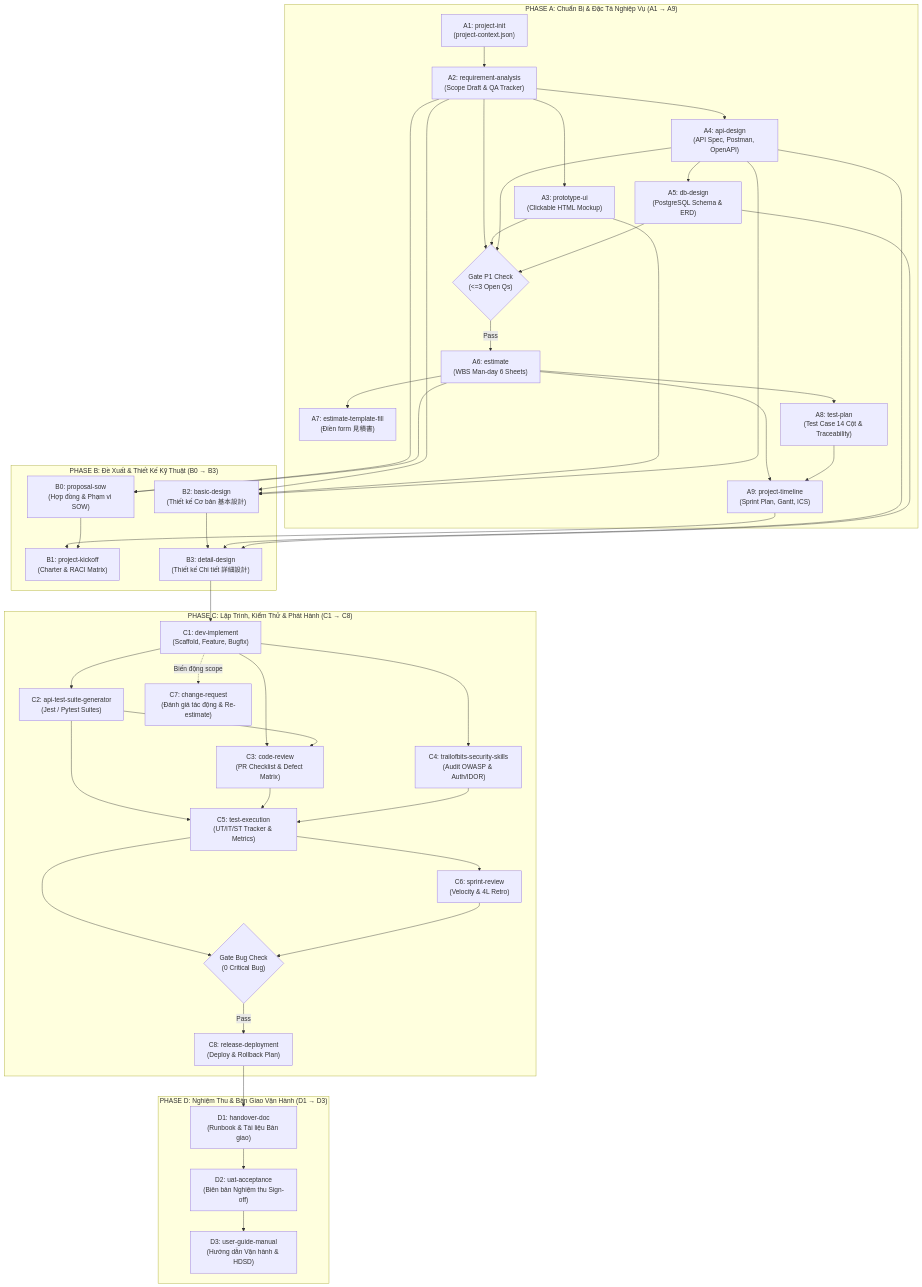
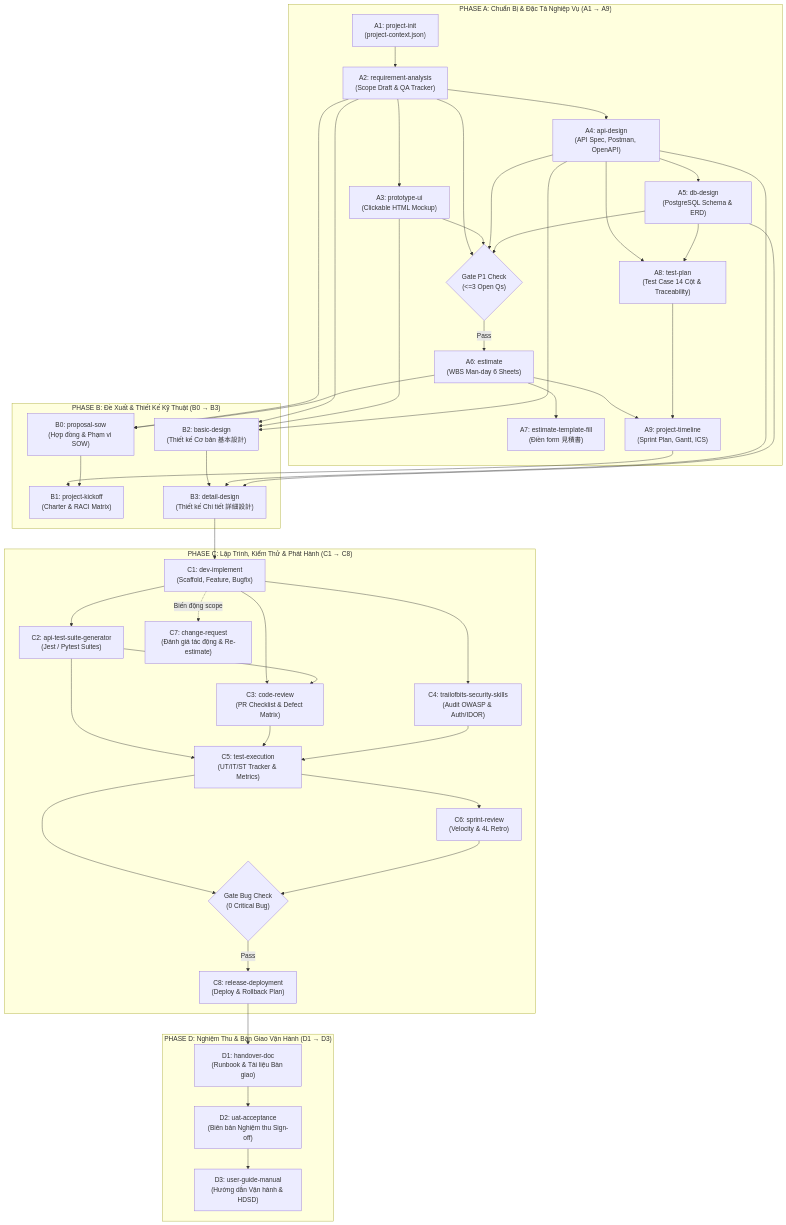
One commit to bakaryuu1997-sys/Claude-skills changed the first of 2 diagrams in README.md. Above: the diagram before and after it, drawn with Mermaid. The commit also changed other lines of this file and 3 other files, not shown here.

Commit message:
fix: refine pipeline BOM & placeholders, isolate C2 output folder, and correct Mermaid test-plan dependency

````diff
--- a/README.md
+++ b/README.md
@@ -33,39 +33,39 @@
 ```mermaid
 flowchart TD
     subgraph Phase_A["PHASE A: Chuẩn Bị & Đặc Tả Nghiệp Vụ (A1 → A9)"]
         A1["A1: project-init<br/>(project-context.json)"] --> A2["A2: requirement-analysis<br/>(Scope Draft & QA Tracker)"]
         A2 --> A3["A3: prototype-ui<br/>(Clickable HTML Mockup)"]
         A2 --> A4["A4: api-design<br/>(API Spec, Postman, OpenAPI)"]
         A4 --> A5["A5: db-design<br/>(PostgreSQL Schema & ERD)"]
+        A4 & A5 --> A8["A8: test-plan<br/>(Test Case 14 Cột & Traceability)"]
         A2 & A3 & A4 & A5 --> GateA{"Gate P1 Check<br/>(<=3 Open Qs)"}
         GateA -- Pass --> A6["A6: estimate<br/>(WBS Man-day 6 Sheets)"]
         A6 --> A7["A7: estimate-template-fill<br/>(Điền form 見積書)"]
-        A6 --> A8["A8: test-plan<br/>(Test Case 14 Cột & Traceability)"]
         A6 & A8 --> A9["A9: project-timeline<br/>(Sprint Plan, Gantt, ICS)"]
     end
 
     subgraph Phase_B["PHASE B: Đề Xuất & Thiết Kế Kỹ Thuật (B0 → B3)"]
         A2 & A6 --> B0["B0: proposal-sow<br/>(Hợp đồng & Phạm vi SOW)"]
         A9 & B0 --> B1["B1: project-kickoff<br/>(Charter & RACI Matrix)"]
         A2 & A3 & A4 --> B2["B2: basic-design<br/>(Thiết kế Cơ bản 基本設計)"]
         B2 & A4 & A5 --> B3["B3: detail-design<br/>(Thiết kế Chi tiết 詳細設計)"]
     end
 
     subgraph Phase_C["PHASE C: Lập Trình, Kiểm Thử & Phát Hành (C1 → C8)"]
         B3 --> C1["C1: dev-implement<br/>(Scaffold, Feature, Bugfix)"]
         C1 --> C2["C2: api-test-suite-generator<br/>(Jest / Pytest Suites)"]
         C1 & C2 --> C3["C3: code-review<br/>(PR Checklist & Defect Matrix)"]
         C1 --> C4["C4: trailofbits-security-skills<br/>(Audit OWASP & Auth/IDOR)"]
         C1 -. Biến động scope .-> C7["C7: change-request<br/>(Đánh giá tác động & Re-estimate)"]
         C2 & C3 & C4 --> C5["C5: test-execution<br/>(UT/IT/ST Tracker & Metrics)"]
         C5 --> C6["C6: sprint-review<br/>(Velocity & 4L Retro)"]
         C5 & C6 --> GateC{"Gate Bug Check<br/>(0 Critical Bug)"}
         GateC -- Pass --> C8["C8: release-deployment<br/>(Deploy & Rollback Plan)"]
     end
 
     subgraph Phase_D["PHASE D: Nghiệm Thu & Bàn Giao Vận Hành (D1 → D3)"]
         C8 --> D1["D1: handover-doc<br/>(Runbook & Tài liệu Bàn giao)"]
         D1 --> D2["D2: uat-acceptance<br/>(Biên bản Nghiệm thu Sign-off)"]
         D2 --> D3["D3: user-guide-manual<br/>(Hướng dẫn Vận hành & HDSD)"]
     end
 ```
````
